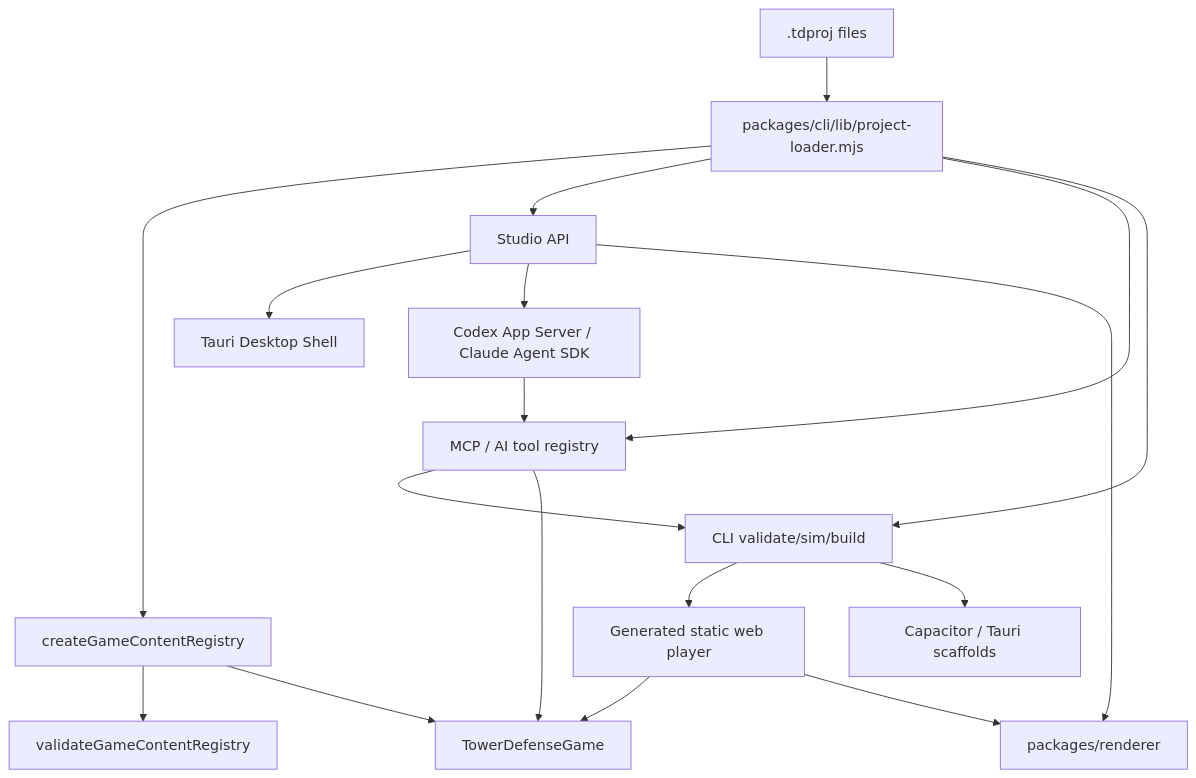
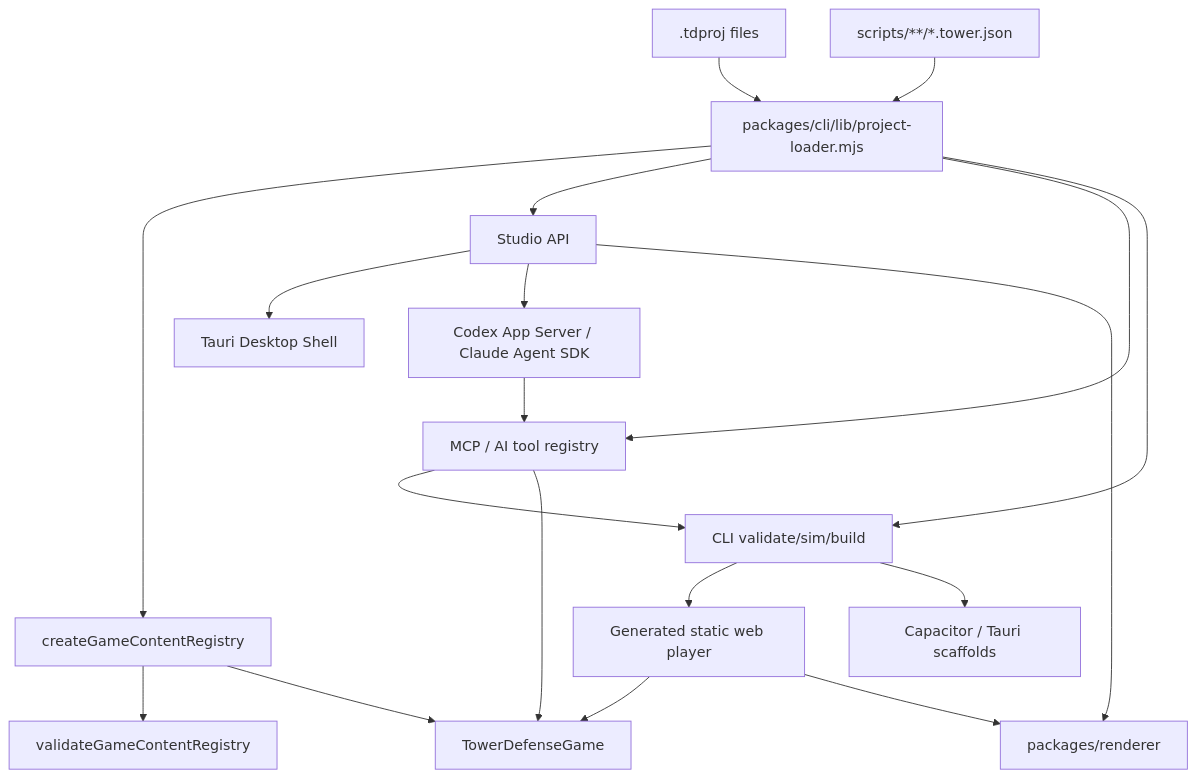
Before and after one commit to MarsherSusanin/TowerForge: the diagram in ARCHITECTURE.md, drawn with Mermaid. The commit also changed other lines of this file and 168 other files, not shown here.

````diff
--- a/ARCHITECTURE.md
+++ b/ARCHITECTURE.md
@@ -42,20 +43,21 @@
 ```mermaid
 flowchart TD
   Project[".tdproj files"] --> Loader["packages/cli/lib/project-loader.mjs"]
+  Scripts["scripts/**/*.tower.json"] --> Loader
   Loader --> Registry["createGameContentRegistry"]
   Registry --> Validate["validateGameContentRegistry"]
   Registry --> Sim["TowerDefenseGame"]
   Loader --> Studio["Studio API"]
   Studio --> Desktop["Tauri Desktop Shell"]
   Loader --> MCP["MCP / AI tool registry"]
   Studio --> Runtime["Codex App Server / Claude Agent SDK"]
   Runtime --> MCP
   Loader --> CLI["CLI validate/sim/build"]
   CLI --> Player["Generated static web player"]
   CLI --> Package["Capacitor / Tauri scaffolds"]
   MCP --> CLI
   MCP --> Sim
   Player --> Sim
   Player --> Renderer["packages/renderer"]
   Studio --> Renderer
 ```
````
